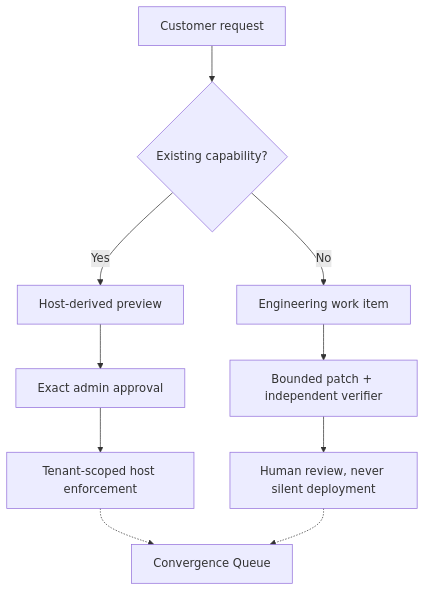
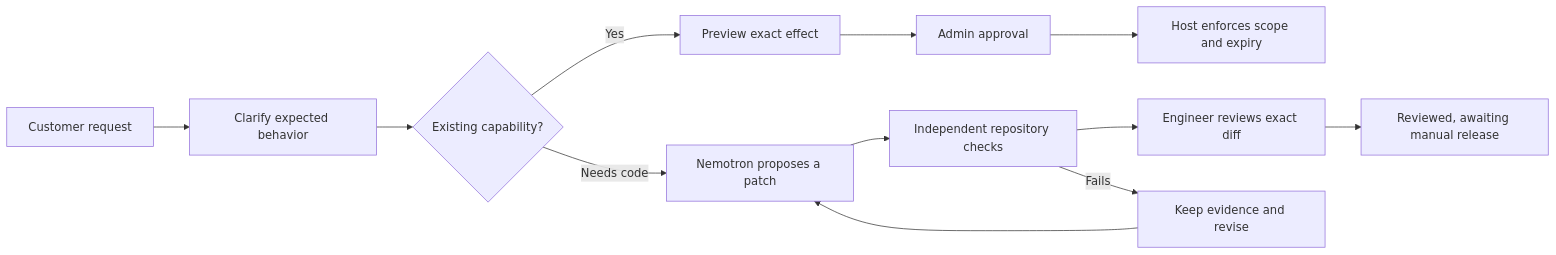
The diagram in README.md (usmanmohammed2306/OWNSTACK), drawn with Mermaid before and after one commit. The commit also changed other lines of this file and 431 other files, not shown here.

````diff
--- a/README.md
+++ b/README.md
@@ -26,12 +16,14 @@
 ```mermaid
-flowchart TD
-    R[Customer request] --> C{Existing capability?}
-    C -->|Yes| P[Host-derived preview]
-    P --> A[Exact admin approval]
-    A --> H[Tenant-scoped host enforcement]
-    C -->|No| E[Engineering work item]
-    E --> V[Bounded patch + independent verifier]
-    V --> D[Human review, never silent deployment]
-    H -.-> Q[Convergence Queue]
-    D -.-> Q
+flowchart LR
+    A[Customer request] --> B[Clarify expected behavior]
+    B --> C{Existing capability?}
+    C -->|Yes| D[Preview exact effect]
+    D --> E[Admin approval]
+    E --> F[Host enforces scope and expiry]
+    C -->|Needs code| G[Nemotron proposes a patch]
+    G --> H[Independent repository checks]
+    H --> I[Engineer reviews exact diff]
+    H -->|Fails| J[Keep evidence and revise]
+    J --> G
+    I --> K[Reviewed, awaiting manual release]
 ```
````
